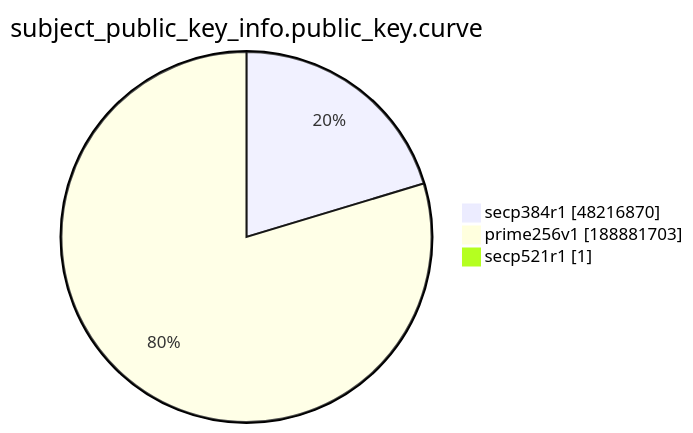
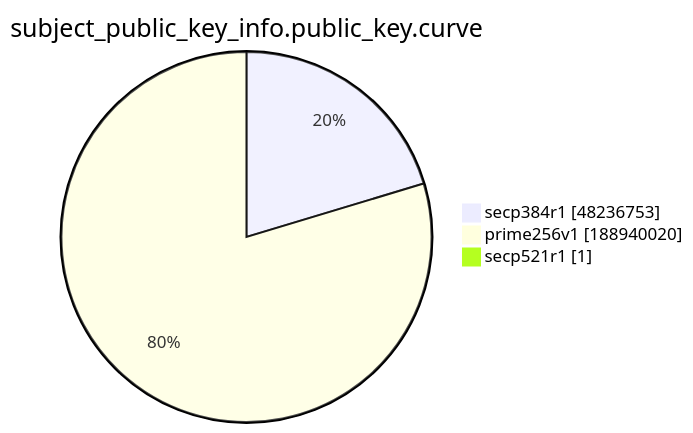
One commit to christiankrug/ctmonitor_visualization changed the ninth of 15 diagrams in xenon2022/README.md. Above: the diagram before and after it, drawn with Mermaid. The commit also changed other lines of this file, not shown here.

````diff
--- a/xenon2022/README.md
+++ b/xenon2022/README.md
@@ -2874,7 +2874,7 @@
 ```mermaid
 pie showData
 title subject_public_key_info.public_key.curve
-"secp384r1" :48216870
-"prime256v1" :188881703
+"secp384r1" :48236753
+"prime256v1" :188940020
 "secp521r1" :1
 ```
````
